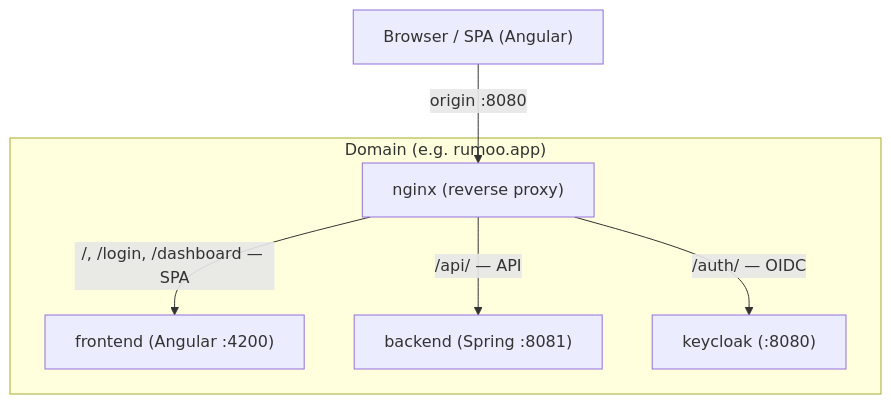
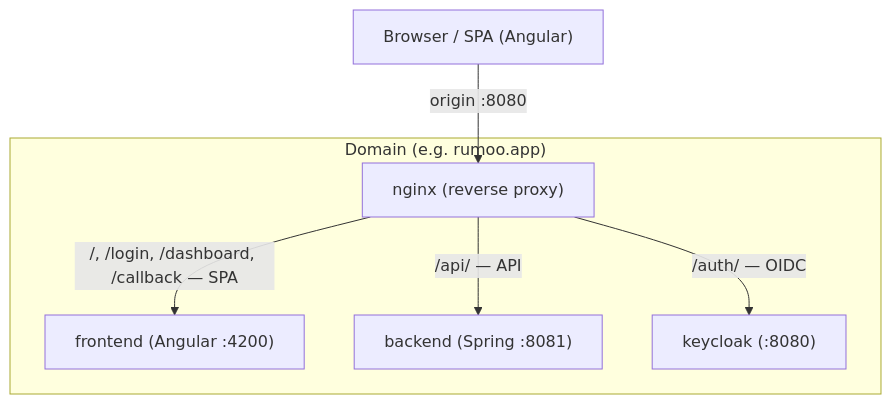
One commit to MatheusWith/Rumoo changed the first of 6 diagrams in docs/auth/authentication-authorization.md. Above: the diagram before and after it, drawn with Mermaid. The commit also changed other lines of this file and 19 other files, not shown here.

````diff
--- a/docs/auth/authentication-authorization.md
+++ b/docs/auth/authentication-authorization.md
@@ -95,10 +68,10 @@
 ```mermaid
 flowchart TD
     BROWSER["Browser / SPA (Angular)"] -->|"origin :8080"| NGINX["nginx (reverse proxy)"]
 
     subgraph DOM["Domain (e.g. rumoo.app)"]
-        NGINX -->|"/, /login, /dashboard — SPA"| FE["frontend (Angular :4200)"]
+        NGINX -->|"/, /login, /dashboard, /callback — SPA"| FE["frontend (Angular :4200)"]
         NGINX -->|"/api/ — API"| BE["backend (Spring :8081)"]
         NGINX -->|"/auth/ — OIDC"| KC["keycloak (:8080)"]
     end
 ```
````
